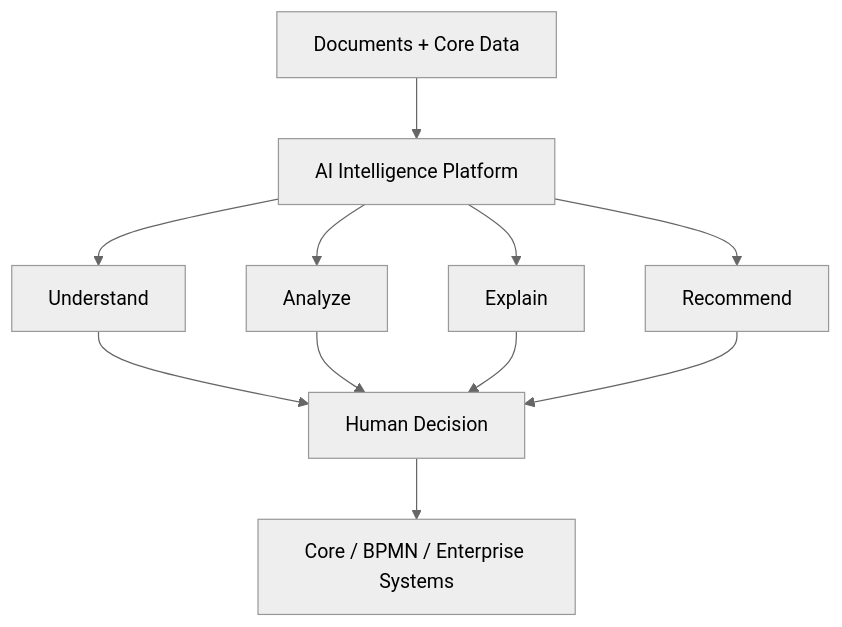
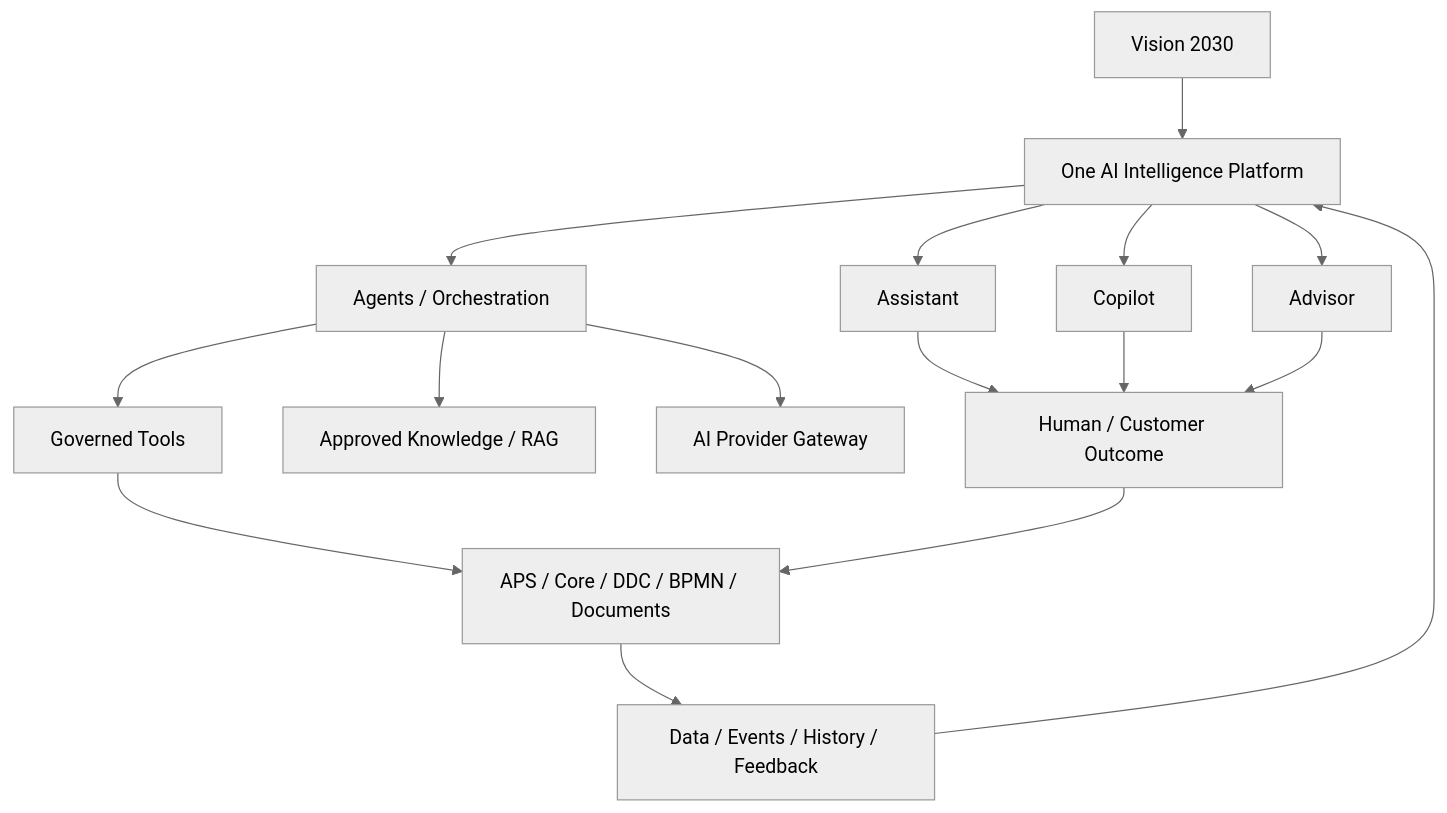
One commit to Milancho/ai-engineering-playbook changed diagram 15 of 15 in docs/AI-Intelligence-Platform-Overview.md. Above: the diagram before and after it, drawn with Mermaid (neutral theme). The commit also changed other lines of this file, not shown here.

Commit message:
docs: refine big picture with connected Assistant Copilot Advisor model

````diff
--- a/docs/AI-Intelligence-Platform-Overview.md
+++ b/docs/AI-Intelligence-Platform-Overview.md
@@ -304,13 +445,18 @@
 ```mermaid
 flowchart TD
-    A[Documents + Core Data] --> B[AI Intelligence Platform]
-    B --> C[Understand]
-    B --> D[Analyze]
-    B --> E[Explain]
-    B --> F[Recommend]
-    C --> G[Human Decision]
-    D --> G
-    E --> G
-    F --> G
-    G --> H[Core / BPMN / Enterprise Systems]
+    V[Vision 2030] --> P[One AI Intelligence Platform]
+    P --> A[Assistant]
+    P --> C[Copilot]
+    P --> D[Advisor]
+    P --> AG[Agents / Orchestration]
+    AG --> T[Governed Tools]
+    AG --> K[Approved Knowledge / RAG]
+    AG --> M[AI Provider Gateway]
+    T --> CORE[APS / Core / DDC / BPMN / Documents]
+    A --> H[Human / Customer Outcome]
+    C --> H
+    D --> H
+    H --> CORE
+    CORE --> F[Data / Events / History / Feedback]
+    F --> P
 ```
````
